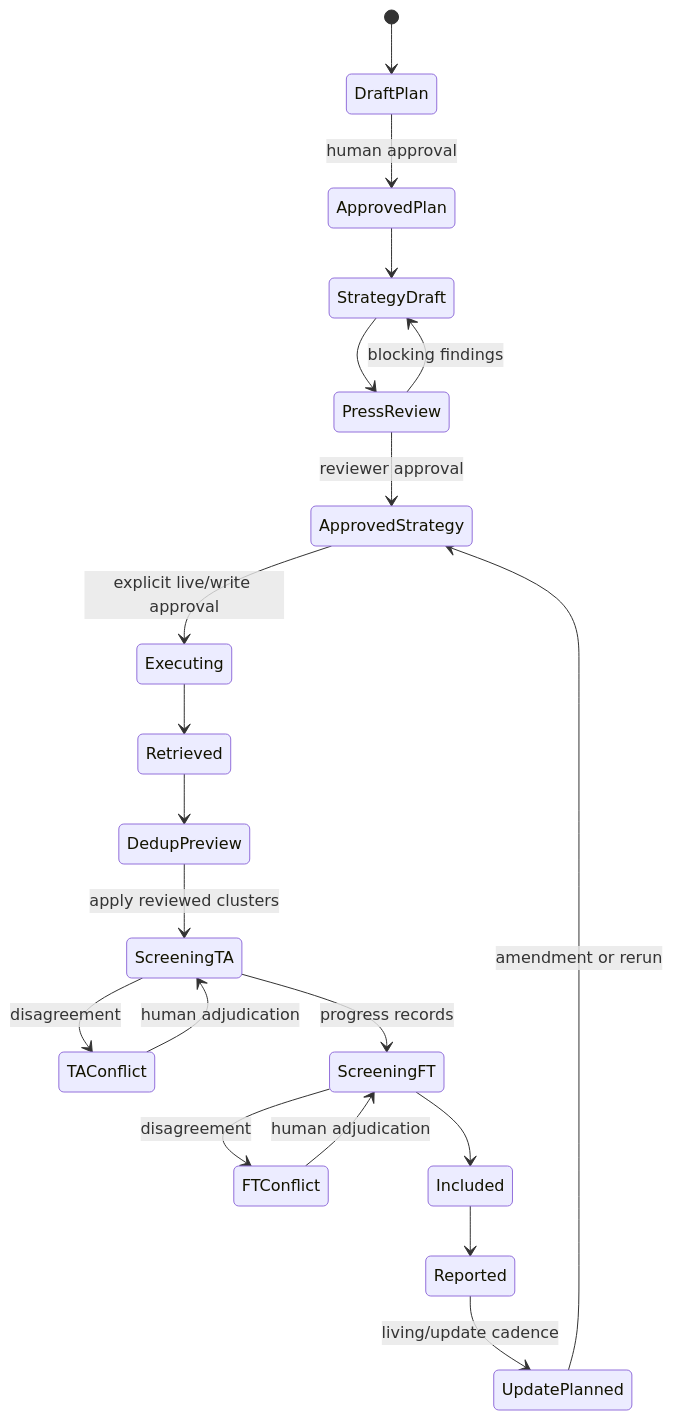
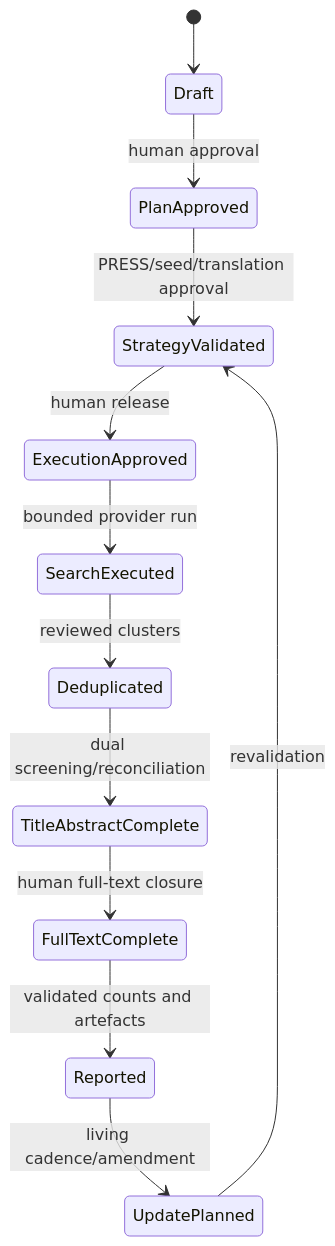
The third of 7 diagrams in conductor/design.md (edithatogo/searchright), drawn with Mermaid before and after one commit. The commit also changed other lines of this file and 609 other files, not shown here.

Commit message:
feat: restore full Searchright roadmap implementation

````diff
--- a/conductor/design.md
+++ b/conductor/design.md
@@ -69,22 +77,14 @@
 ```mermaid
 stateDiagram-v2
-  [*] --> DraftPlan
-  DraftPlan --> ApprovedPlan: human approval
-  ApprovedPlan --> StrategyDraft
-  StrategyDraft --> PressReview
-  PressReview --> StrategyDraft: blocking findings
-  PressReview --> ApprovedStrategy: reviewer approval
-  ApprovedStrategy --> Executing: explicit live/write approval
-  Executing --> Retrieved
-  Retrieved --> DedupPreview
-  DedupPreview --> ScreeningTA: apply reviewed clusters
-  ScreeningTA --> TAConflict: disagreement
-  TAConflict --> ScreeningTA: human adjudication
-  ScreeningTA --> ScreeningFT: progress records
-  ScreeningFT --> FTConflict: disagreement
-  FTConflict --> ScreeningFT: human adjudication
-  ScreeningFT --> Included
-  Included --> Reported
-  Reported --> UpdatePlanned: living/update cadence
-  UpdatePlanned --> ApprovedStrategy: amendment or rerun
+  [*] --> Draft
+  Draft --> PlanApproved: human approval
+  PlanApproved --> StrategyValidated: PRESS/seed/translation approval
+  StrategyValidated --> ExecutionApproved: human release
+  ExecutionApproved --> SearchExecuted: bounded provider run
+  SearchExecuted --> Deduplicated: reviewed clusters
+  Deduplicated --> TitleAbstractComplete: dual screening/reconciliation
+  TitleAbstractComplete --> FullTextComplete: human full-text closure
+  FullTextComplete --> Reported: validated counts and artefacts
+  Reported --> UpdatePlanned: living cadence/amendment
+  UpdatePlanned --> StrategyValidated: revalidation
 ```
````
